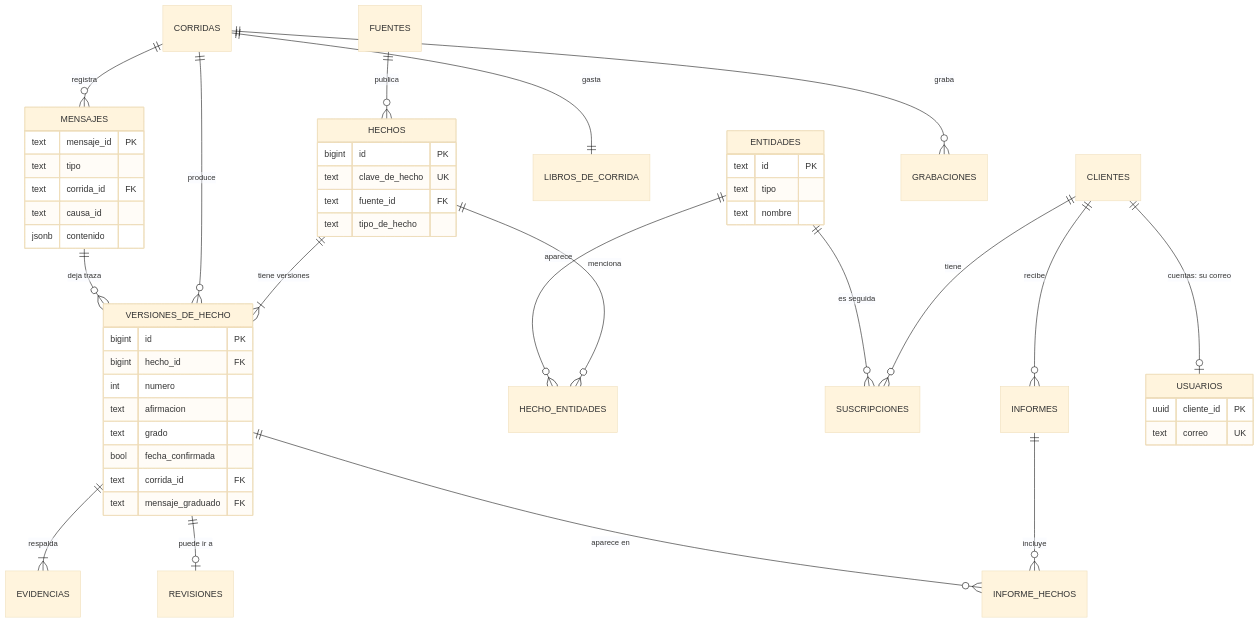
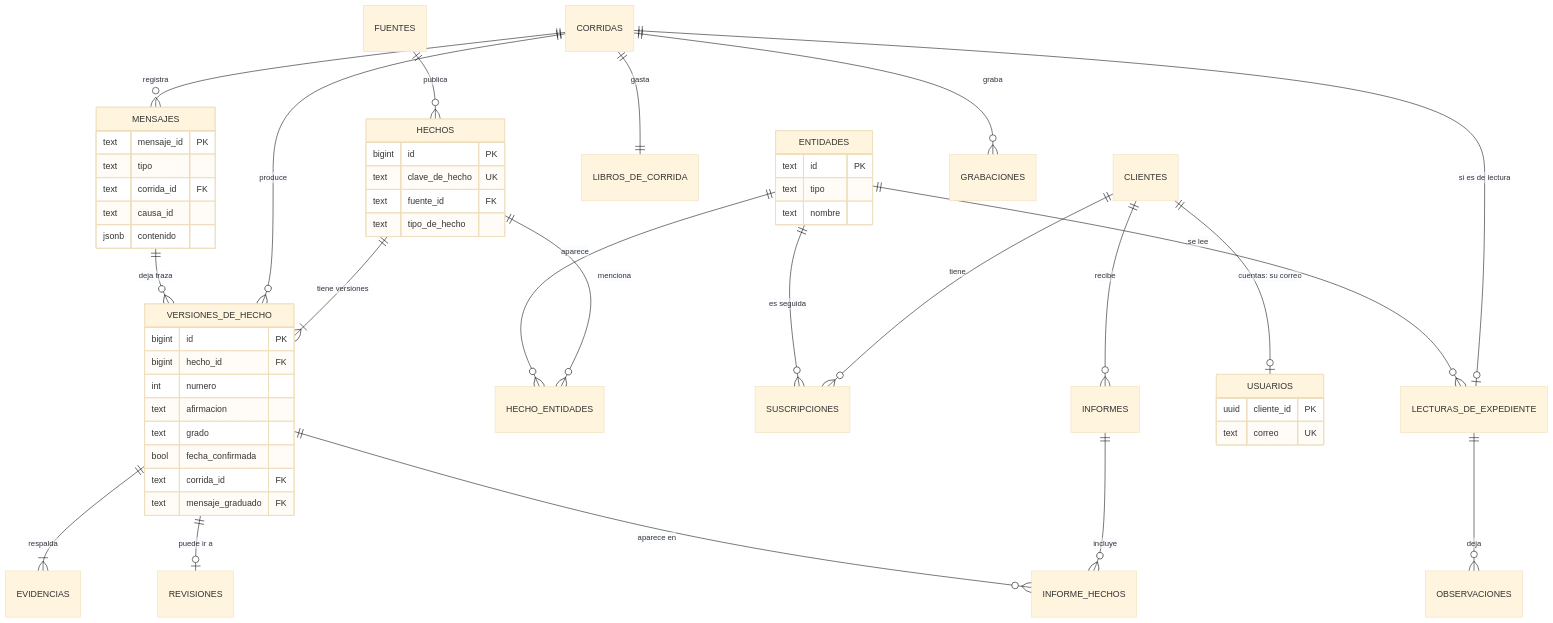
One commit to andresdiegolanda/el-parte changed the diagram in docs/base-de-afirmaciones.md. Above: the diagram before and after it, drawn with Mermaid (base theme). The commit also changed other lines of this file and 25 other files, not shown here.

````diff
--- a/docs/base-de-afirmaciones.md
+++ b/docs/base-de-afirmaciones.md
@@ -14,53 +14,56 @@
 ```mermaid
 erDiagram
     FUENTES ||--o{ HECHOS : publica
     HECHOS ||--|{ VERSIONES_DE_HECHO : "tiene versiones"
     HECHOS ||--o{ HECHO_ENTIDADES : menciona
     ENTIDADES ||--o{ HECHO_ENTIDADES : aparece
     VERSIONES_DE_HECHO ||--|{ EVIDENCIAS : respalda
     VERSIONES_DE_HECHO ||--o| REVISIONES : "puede ir a"
     CORRIDAS ||--o{ VERSIONES_DE_HECHO : produce
     CORRIDAS ||--o{ MENSAJES : registra
     CORRIDAS ||--|| LIBROS_DE_CORRIDA : gasta
     MENSAJES ||--o{ VERSIONES_DE_HECHO : "deja traza"
     CLIENTES ||--o{ SUSCRIPCIONES : tiene
     ENTIDADES ||--o{ SUSCRIPCIONES : "es seguida"
     CLIENTES ||--o{ INFORMES : recibe
     INFORMES ||--o{ INFORME_HECHOS : incluye
     CORRIDAS ||--o{ GRABACIONES : graba
     VERSIONES_DE_HECHO ||--o{ INFORME_HECHOS : "aparece en"
     CLIENTES ||--o| USUARIOS : "cuentas: su correo"
+    CORRIDAS ||--o| LECTURAS_DE_EXPEDIENTE : "si es de lectura"
+    ENTIDADES ||--o{ LECTURAS_DE_EXPEDIENTE : "se lee"
+    LECTURAS_DE_EXPEDIENTE ||--o{ OBSERVACIONES : "deja"
 
     HECHOS {
         bigint id PK
         text clave_de_hecho UK
         text fuente_id FK
         text tipo_de_hecho
     }
     VERSIONES_DE_HECHO {
         bigint id PK
         bigint hecho_id FK
         int numero
         text afirmacion
         text grado
         bool fecha_confirmada
         text corrida_id FK
         text mensaje_graduado FK
     }
     ENTIDADES {
         text id PK
         text tipo
         text nombre
     }
     MENSAJES {
         text mensaje_id PK
         text tipo
         text corrida_id FK
         text causa_id
         jsonb contenido
     }
     USUARIOS {
         uuid cliente_id PK
         text correo UK
     }
 ```
````
